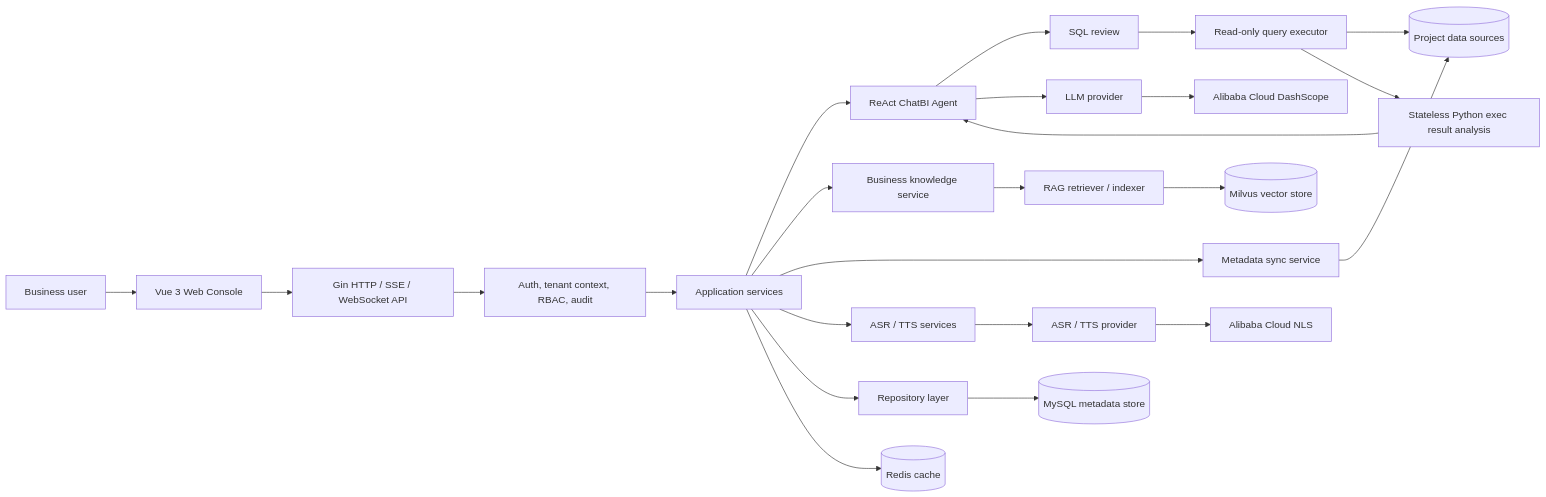
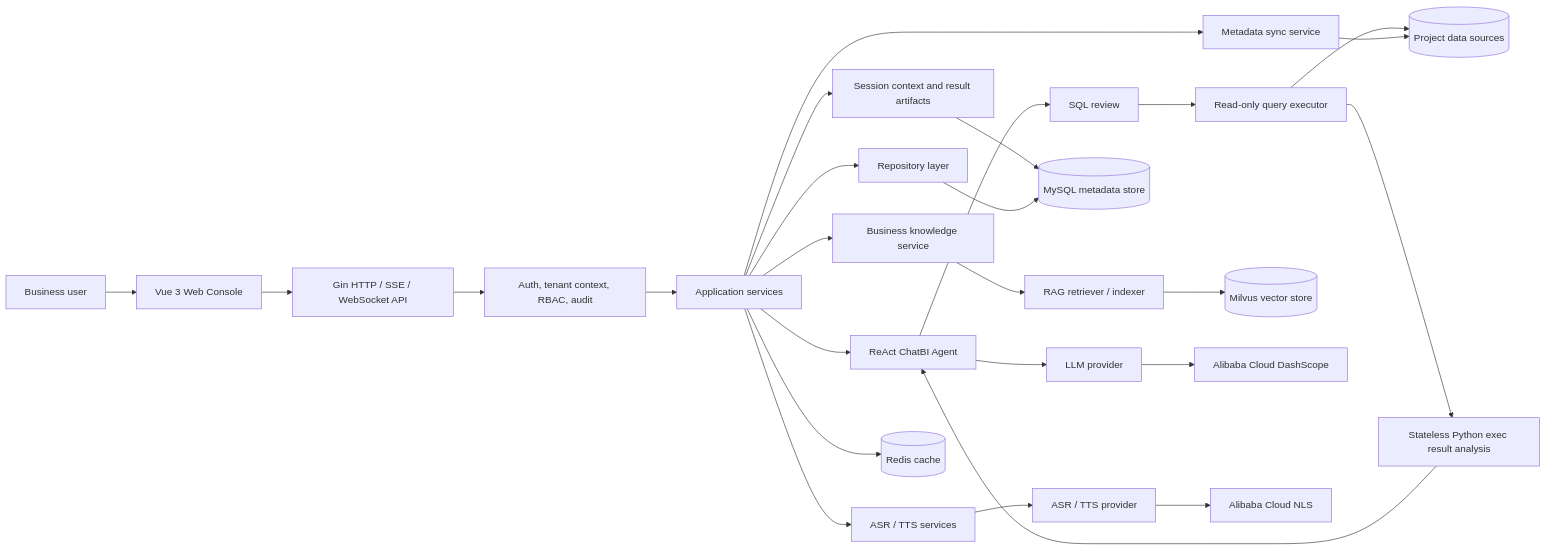
Before and after one commit to fanxiangqing/ling-shu: the first of 3 diagrams in README.md, drawn with Mermaid. The commit also changed other lines of this file and 20 other files, not shown here.

Commit message:
feat: add structured chat memory and result reuse

````diff
--- a/README.md
+++ b/README.md
@@ -62,30 +63,32 @@
 ```mermaid
 flowchart LR
   User["Business user"] --> Web["Vue 3 Web Console"]
   Web --> API["Gin HTTP / SSE / WebSocket API"]
   API --> Gate["Auth, tenant context, RBAC, audit"]
   Gate --> Service["Application services"]
 
   Service --> Agent["ReAct ChatBI Agent"]
+  Service --> Memory["Session context and result artifacts"]
   Service --> Knowledge["Business knowledge service"]
   Service --> Metadata["Metadata sync service"]
   Service --> Voice["ASR / TTS services"]
   Service --> Repo["Repository layer"]
 
   Agent --> Review["SQL review"]
   Review --> Executor["Read-only query executor"]
   Executor --> Sources[("Project data sources")]
   Executor --> PyExec["Stateless Python exec result analysis"]
   PyExec --> Agent
 
   Knowledge --> RAG["RAG retriever / indexer"]
   RAG --> Milvus[("Milvus vector store")]
 
   Metadata --> Sources
-  Repo --> MySQL[("MySQL metadata store")]
+  Memory --> MySQL[("MySQL metadata store")]
+  Repo --> MySQL
   Service --> Redis[("Redis cache")]
   Agent --> LLM["LLM provider"]
   Voice --> Speech["ASR / TTS provider"]
   LLM --> Aliyun["Alibaba Cloud DashScope"]
   Speech --> AliyunNLS["Alibaba Cloud NLS"]
 ```
````
